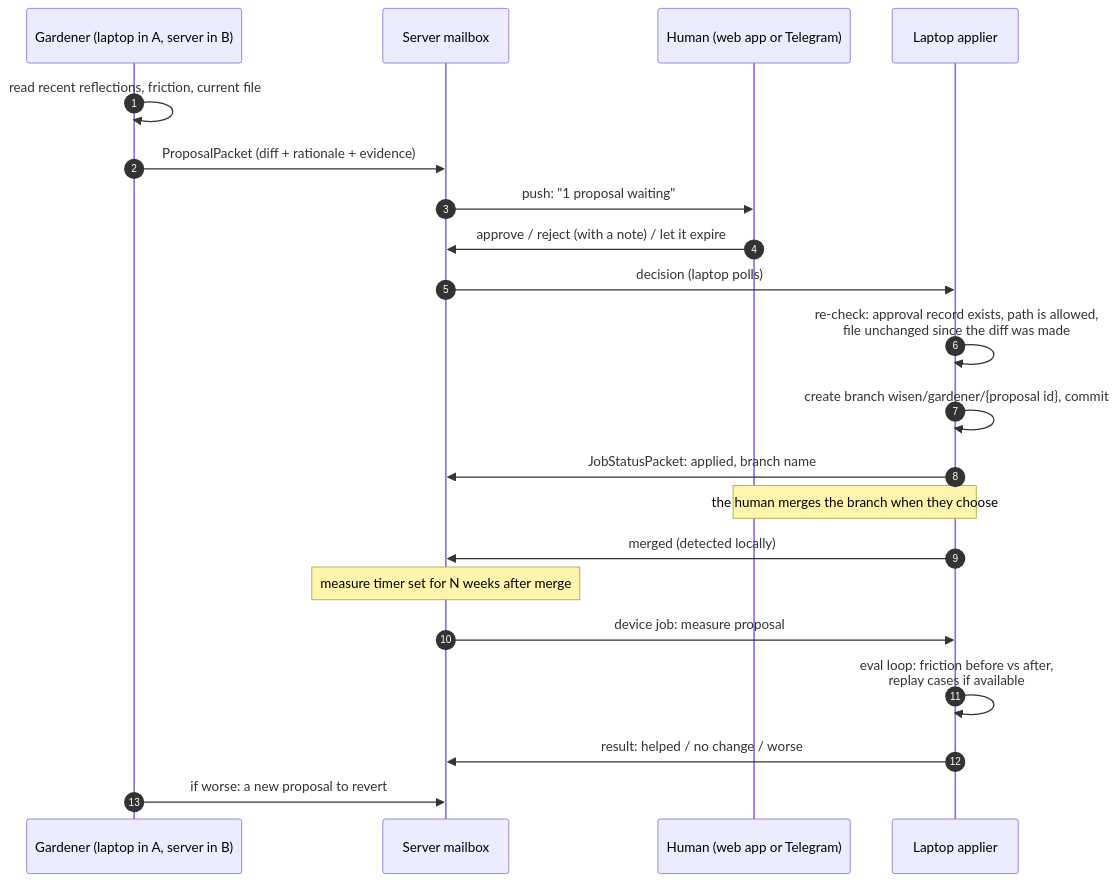
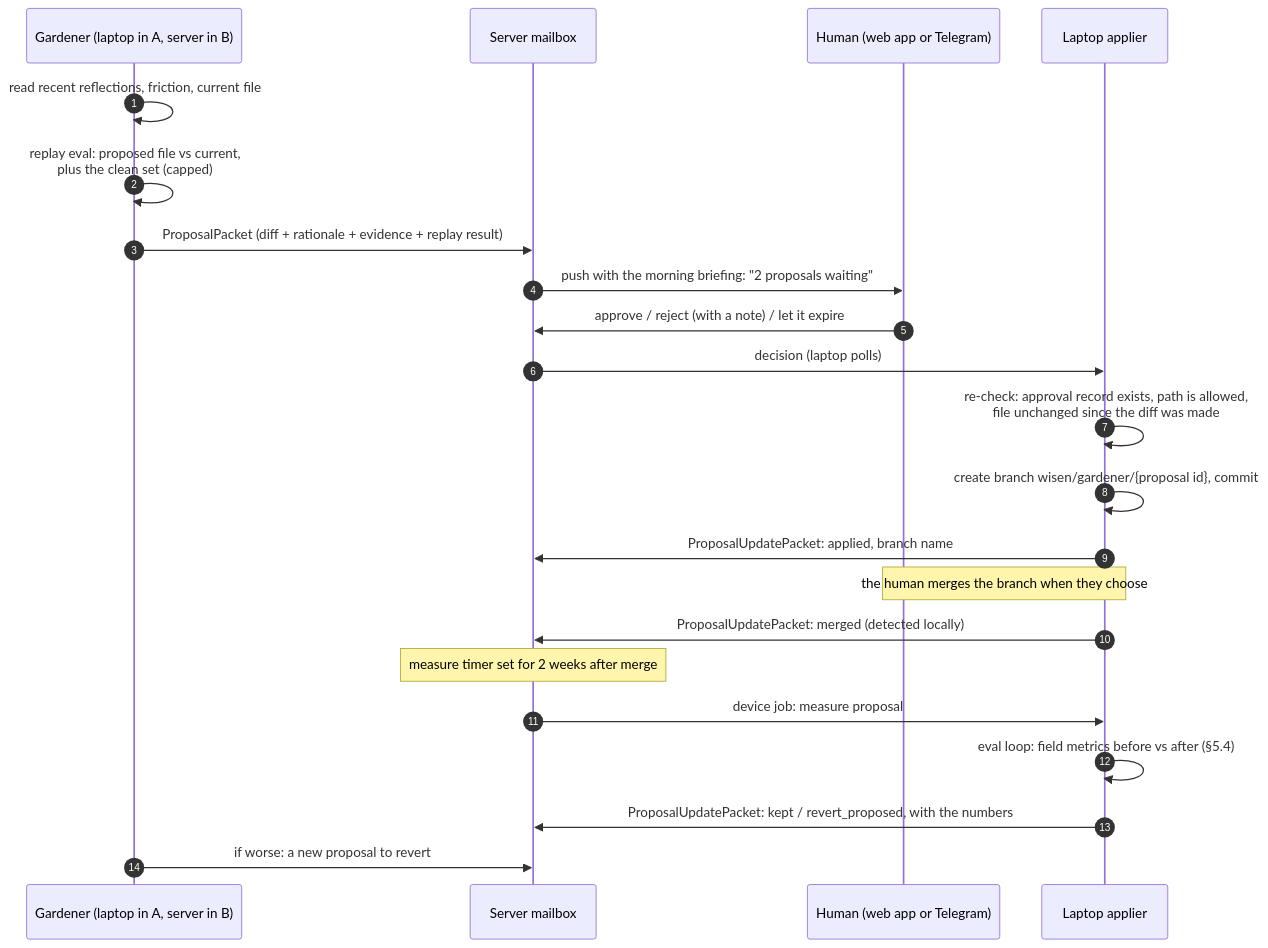
Before and after one commit to Vela3202019/wisen: the third of 4 diagrams in docs/plan/cloud-architecture.md, drawn with Mermaid. The commit also changed other lines of this file and 31 other files, not shown here.

````diff
--- a/docs/plan/cloud-architecture.md
+++ b/docs/plan/cloud-architecture.md
@@ -338,24 +340,25 @@
 ```mermaid
 sequenceDiagram
     autonumber
     participant G as Gardener (laptop in A, server in B)
     participant S as Server mailbox
     participant H as Human (web app or Telegram)
     participant L as Laptop applier
 
     G->>G: read recent reflections, friction, current file
-    G->>S: ProposalPacket (diff + rationale + evidence)
-    S->>H: push: "1 proposal waiting"
+    G->>G: replay eval: proposed file vs current,<br/>plus the clean set (capped)
+    G->>S: ProposalPacket (diff + rationale + evidence + replay result)
+    S->>H: push with the morning briefing: "2 proposals waiting"
     H->>S: approve / reject (with a note) / let it expire
     S->>L: decision (laptop polls)
     L->>L: re-check: approval record exists, path is allowed,<br/>file unchanged since the diff was made
     L->>L: create branch wisen/gardener/{proposal id}, commit
-    L->>S: JobStatusPacket: applied, branch name
+    L->>S: ProposalUpdatePacket: applied, branch name
     Note over H,L: the human merges the branch when they choose
-    L->>S: merged (detected locally)
-    Note over S: measure timer set for N weeks after merge
+    L->>S: ProposalUpdatePacket: merged (detected locally)
+    Note over S: measure timer set for 2 weeks after merge
     S->>L: device job: measure proposal
-    L->>L: eval loop: friction before vs after,<br/>replay cases if available
-    L->>S: result: helped / no change / worse
+    L->>L: eval loop: field metrics before vs after (§5.4)
+    L->>S: ProposalUpdatePacket: kept / revert_proposed, with the numbers
     G->>S: if worse: a new proposal to revert
 ```
````
